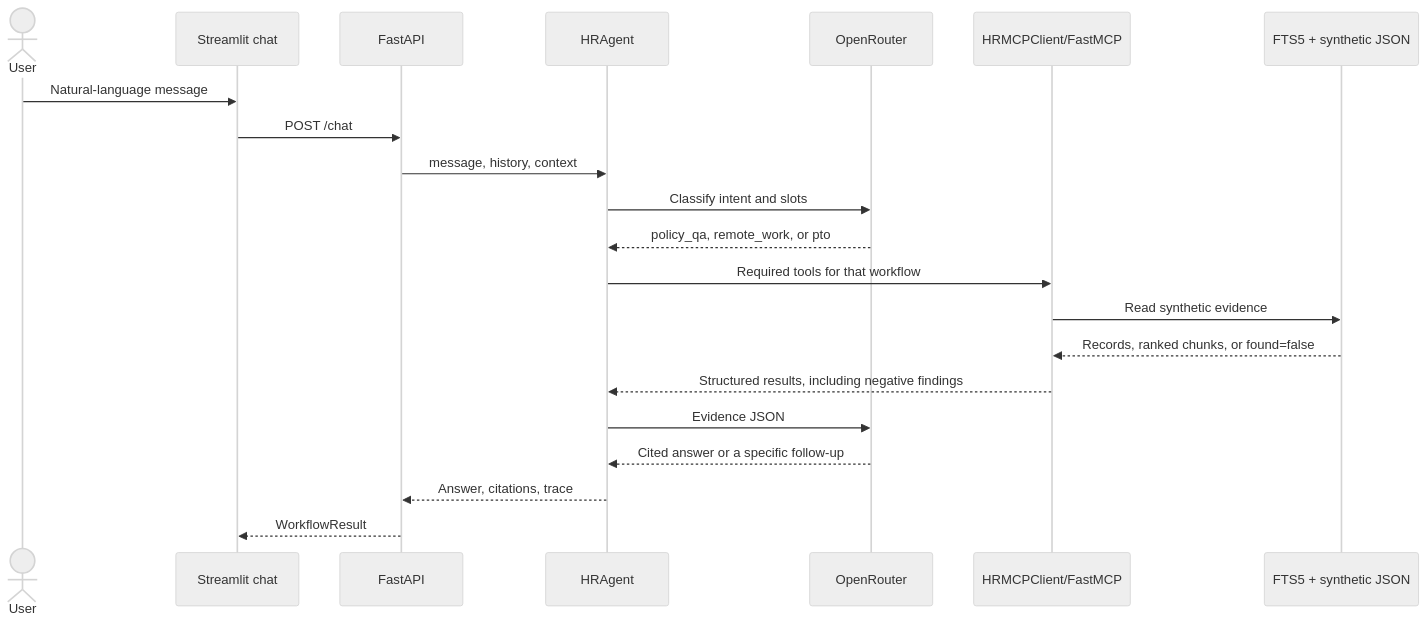
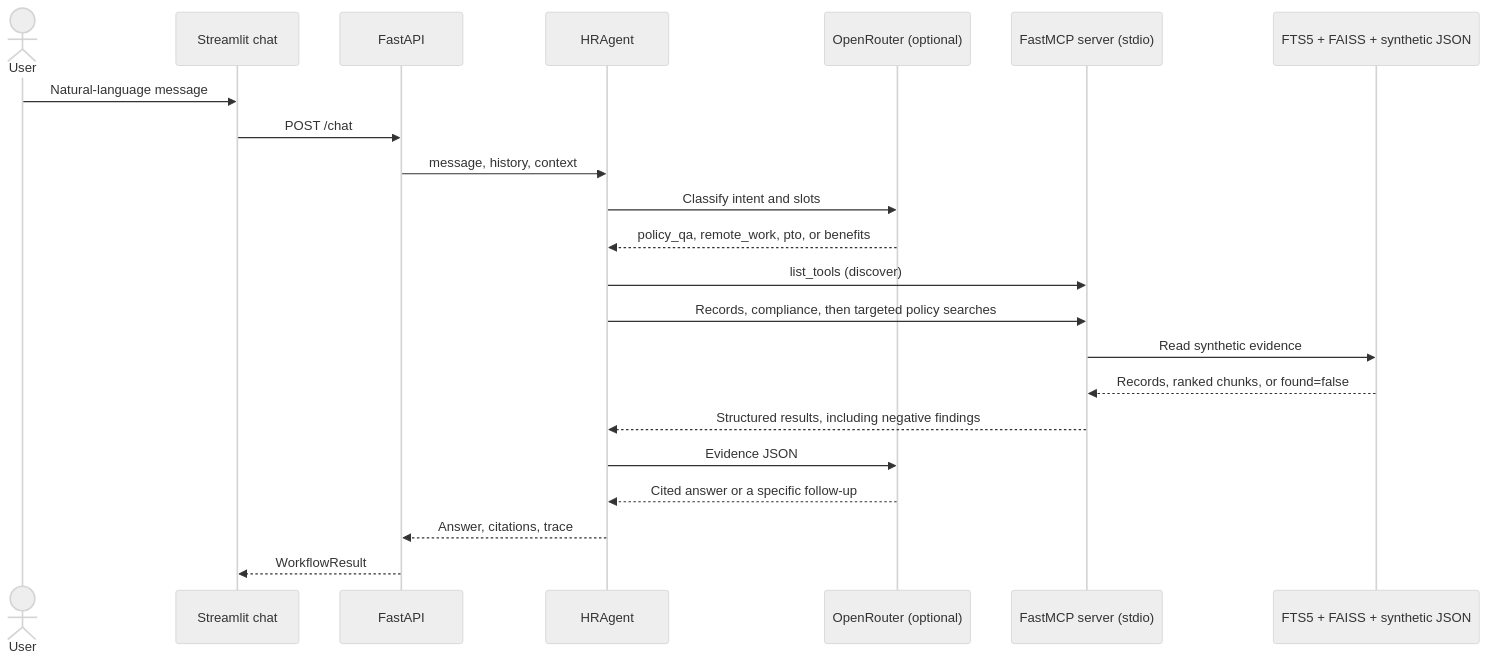
The diagram in design-and-evaluation.md (linzlive14-dot/RAGs-to-Riches), drawn with Mermaid (neutral theme) before and after one commit. The commit also changed other lines of this file and 33 other files, not shown here.

First line of the commit message:
Add hybrid retrieval, benefits workflow, natural-language evaluation, and gated CI smoke test

````diff
--- a/design-and-evaluation.md
+++ b/design-and-evaluation.md
@@ -11,23 +12,24 @@
 ```mermaid
 sequenceDiagram
     actor User
     participant UI as Streamlit chat
     participant API as FastAPI
     participant Agent as HRAgent
-    participant LLM as OpenRouter
-    participant MCP as HRMCPClient/FastMCP
-    participant Store as FTS5 + synthetic JSON
+    participant LLM as OpenRouter (optional)
+    participant MCP as FastMCP server (stdio)
+    participant Store as FTS5 + FAISS + synthetic JSON
     User->>UI: Natural-language message
     UI->>API: POST /chat
     API->>Agent: message, history, context
     Agent->>LLM: Classify intent and slots
-    LLM-->>Agent: policy_qa, remote_work, or pto
-    Agent->>MCP: Required tools for that workflow
+    LLM-->>Agent: policy_qa, remote_work, pto, or benefits
+    Agent->>MCP: list_tools (discover)
+    Agent->>MCP: Records, compliance, then targeted policy searches
     MCP->>Store: Read synthetic evidence
     Store-->>MCP: Records, ranked chunks, or found=false
     MCP-->>Agent: Structured results, including negative findings
     Agent->>LLM: Evidence JSON
     LLM-->>Agent: Cited answer or a specific follow-up
     Agent-->>API: Answer, citations, trace
     API-->>UI: WorkflowResult
 ```
````
